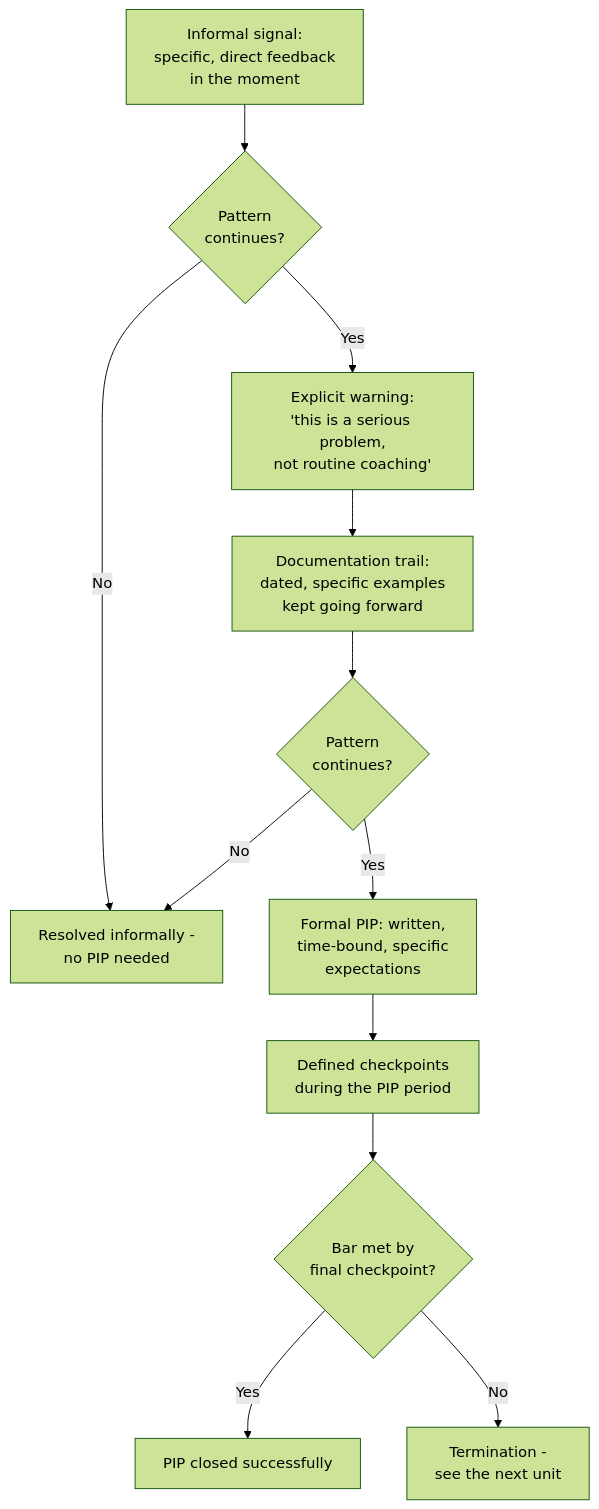
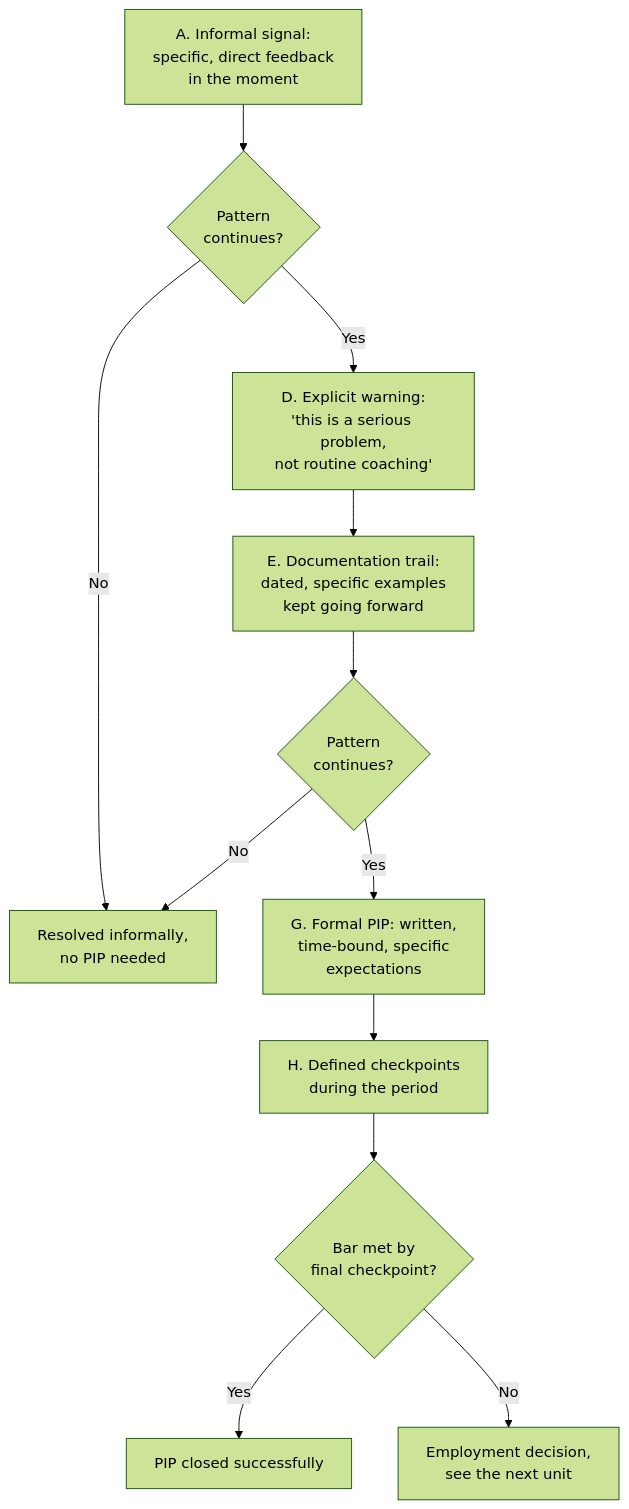
The diagram in src/content/people-management/performance-improvement-plans/L2-concept.mdx (francoandreDev/knowledge), drawn with Mermaid (forest theme) before and after one commit. The commit also changed other lines of this file and 36 other files, not shown here.

````diff
--- a/src/content/people-management/performance-improvement-plans/L2-concept.mdx
+++ b/src/content/people-management/performance-improvement-plans/L2-concept.mdx
@@ -38,14 +35,14 @@
 ```mermaid
 flowchart TD
-    A["Informal signal:\nspecific, direct feedback\nin the moment"] --> B{"Pattern\ncontinues?"}
-    B -->|No| C["Resolved informally -\nno PIP needed"]
-    B -->|Yes| D["Explicit warning:\n'this is a serious problem,\nnot routine coaching'"]
-    D --> E["Documentation trail:\ndated, specific examples\nkept going forward"]
+    A["A. Informal signal:\nspecific, direct feedback\nin the moment"] --> B{"Pattern\ncontinues?"}
+    B -->|No| C["Resolved informally,\nno PIP needed"]
+    B -->|Yes| D["D. Explicit warning:\n'this is a serious problem,\nnot routine coaching'"]
+    D --> E["E. Documentation trail:\ndated, specific examples\nkept going forward"]
     E --> F{"Pattern\ncontinues?"}
     F -->|No| C
-    F -->|Yes| G["Formal PIP: written,\ntime-bound, specific\nexpectations"]
-    G --> H["Defined checkpoints\nduring the PIP period"]
+    F -->|Yes| G["G. Formal PIP: written,\ntime-bound, specific\nexpectations"]
+    G --> H["H. Defined checkpoints\nduring the period"]
     H --> I{"Bar met by\nfinal checkpoint?"}
     I -->|Yes| J["PIP closed successfully"]
-    I -->|No| K["Termination -\nsee the next unit"]
+    I -->|No| K["Employment decision,\nsee the next unit"]
 ```
````
